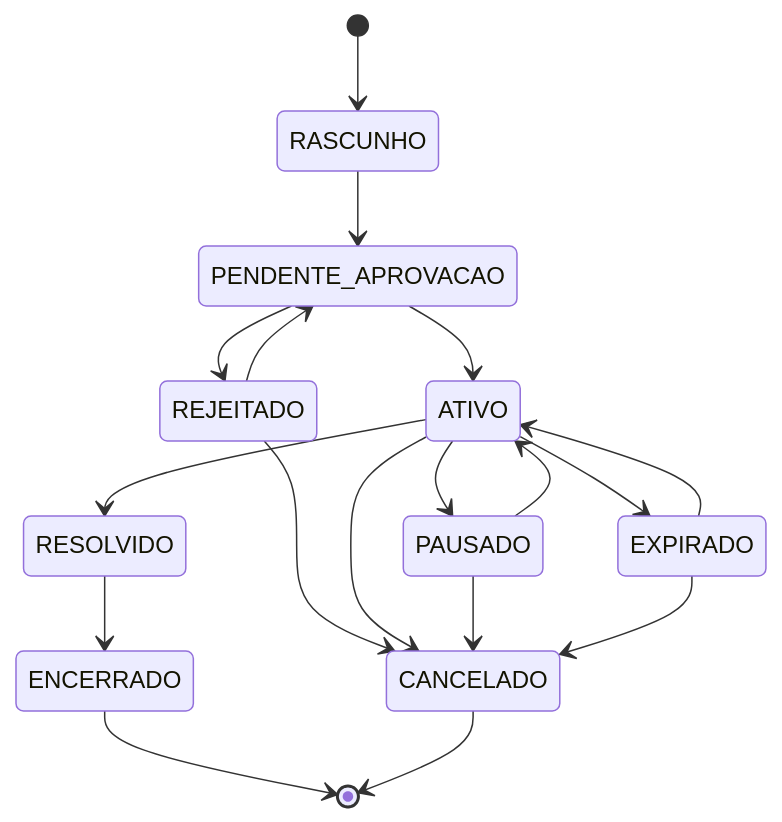
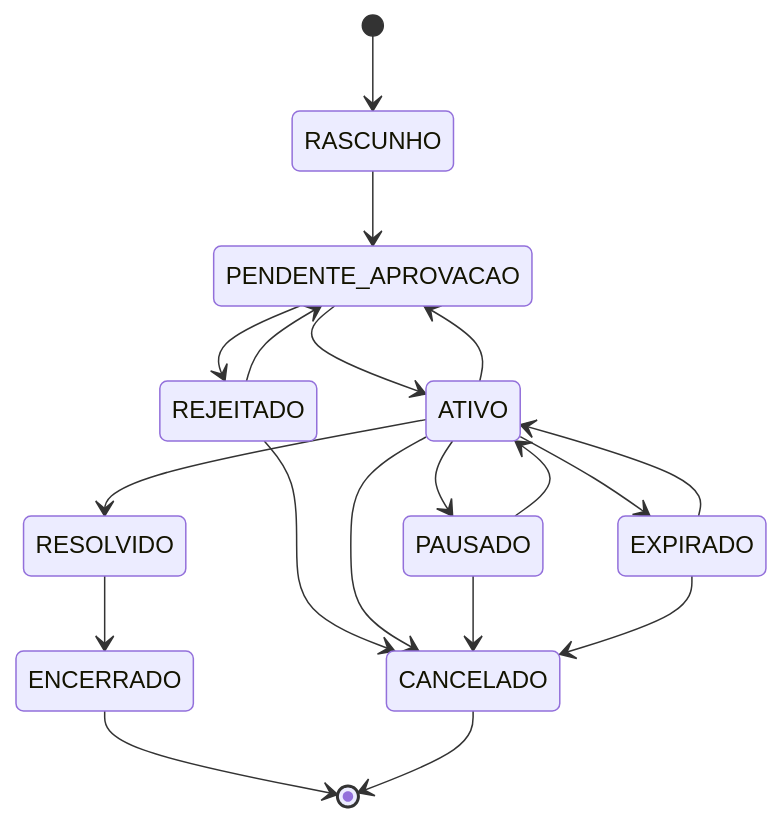
The diagram in docs/Mais Patinhas/02-Modelagem/Fluxo Status de Anuncio.md (RuanParreira/maispatinhas-tcc), drawn with Mermaid before and after one commit. The commit also changed other lines of this file and 11 other files, not shown here.

First line of the commit message:
docs: DER, dicionário de dados, diagramas de estado e casos de uso

````diff
--- a/docs/Mais Patinhas/02-Modelagem/Fluxo Status de Anuncio.md
+++ b/docs/Mais Patinhas/02-Modelagem/Fluxo Status de Anuncio.md
@@ -7,20 +7,21 @@
 ```mermaid
 stateDiagram-v2
     [*] --> RASCUNHO
     RASCUNHO --> PENDENTE_APROVACAO
     PENDENTE_APROVACAO --> REJEITADO
     PENDENTE_APROVACAO --> ATIVO
     REJEITADO --> PENDENTE_APROVACAO
     REJEITADO --> CANCELADO
+    ATIVO --> PENDENTE_APROVACAO
     ATIVO --> PAUSADO
     PAUSADO --> ATIVO
     ATIVO --> EXPIRADO
     EXPIRADO --> ATIVO
     ATIVO --> RESOLVIDO
     ATIVO --> CANCELADO
     PAUSADO --> CANCELADO
     EXPIRADO --> CANCELADO
     RESOLVIDO --> ENCERRADO
     ENCERRADO --> [*]
     CANCELADO --> [*]
 ```
````
